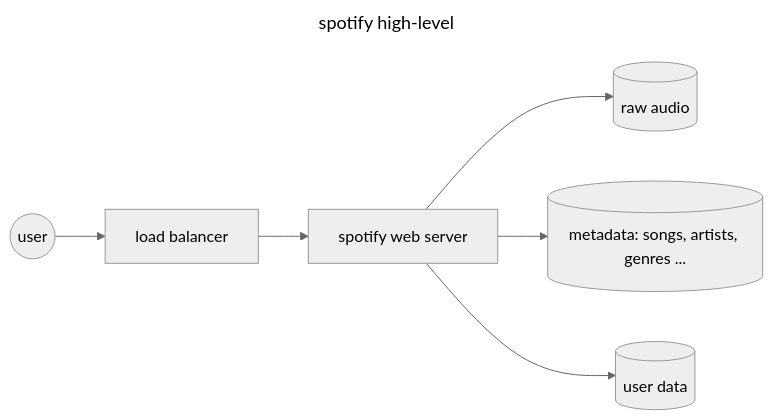
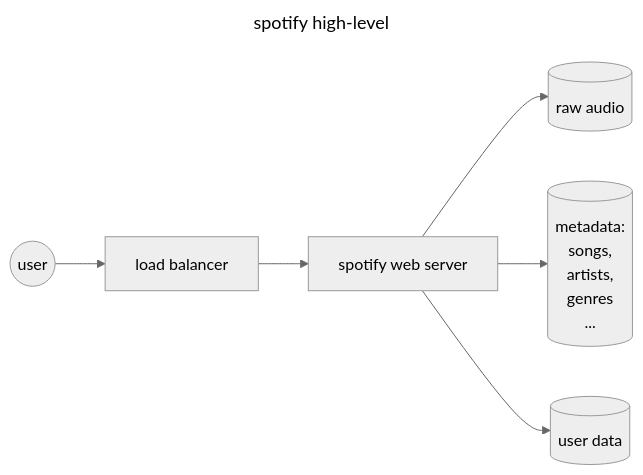
One commit to brk-a/system-design changed the first of 3 diagrams in 0x0B-spotify/0-spotify.md. Above: the diagram before and after it, drawn with Mermaid (neutral theme). The commit also changed other lines of this file, not shown here.

````diff
--- a/0x0B-spotify/0-spotify.md
+++ b/0x0B-spotify/0-spotify.md
@@ -26,11 +26,11 @@
     ```mermaid
     ---
     title: spotify high-level
     ---
         flowchart LR
         A((user))-->B[load balancer]
         B-->C[spotify web server]
         C-->D[(raw audio)]
-        C-->E[(metadata: songs, artists, genres ... )]
+        C-->E[(metadata:<br/>songs,<br/>artists,<br/>genres<br/>... )]
         C-->F[(user data)]
     ```
````
